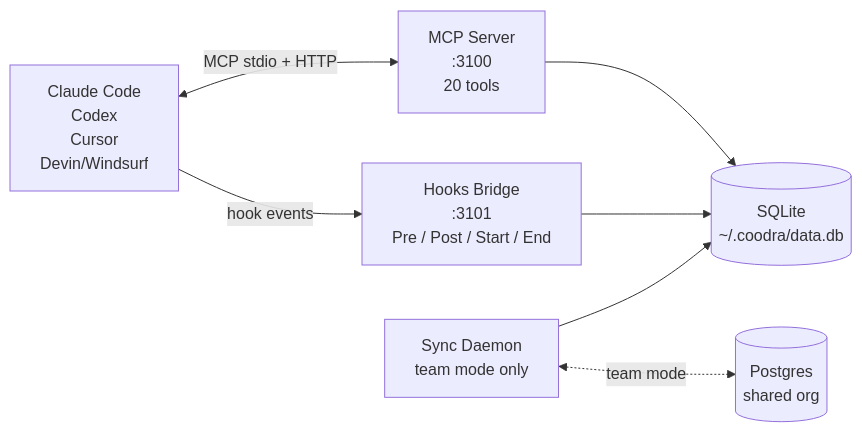
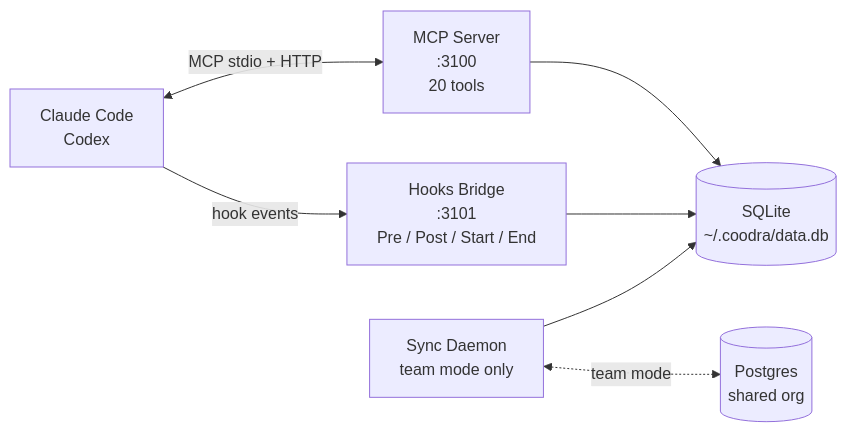
The first of 2 diagrams in README.md (matrix-maven/Coodra), drawn with Mermaid before and after one commit. The commit also changed other lines of this file and 92 other files, not shown here.

First line of the commit message:
Remove legacy Cursor/Windsurf/Devin/Cascade/Codeium support

````diff
--- a/README.md
+++ b/README.md
@@ -62,16 +62,16 @@
 ```mermaid
 flowchart LR
-  A["Claude Code<br/>Codex<br/>Cursor<br/>Devin/Windsurf"]
+  A["Claude Code<br/>Codex"]
   B["MCP Server<br/>:3100<br/>20 tools"]
   H["Hooks Bridge<br/>:3101<br/>Pre / Post / Start / End"]
   S["Sync Daemon<br/>team mode only"]
   D[("SQLite<br/>~/.coodra/data.db")]
   P[("Postgres<br/>shared org")]
 
   A <-->|MCP stdio + HTTP| B
   A -->|hook events| H
   B --> D
   H --> D
   S --> D
   S <-.team mode.-> P
 ```
````
